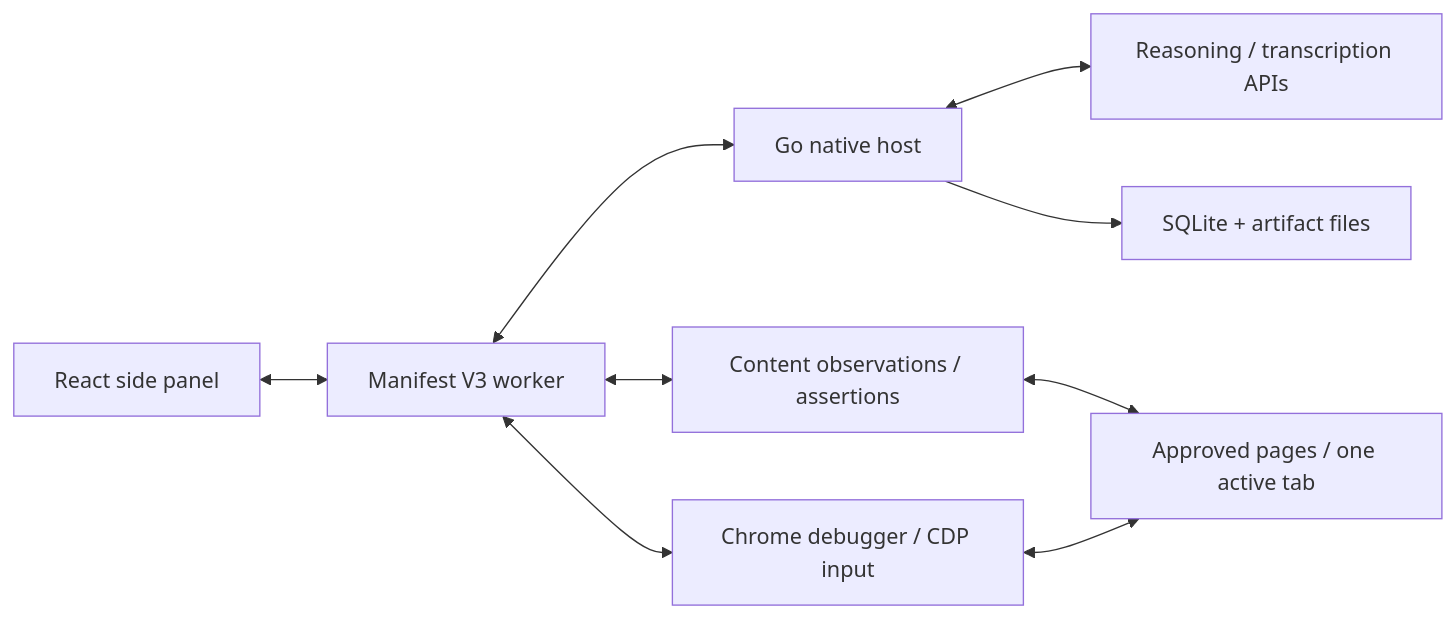
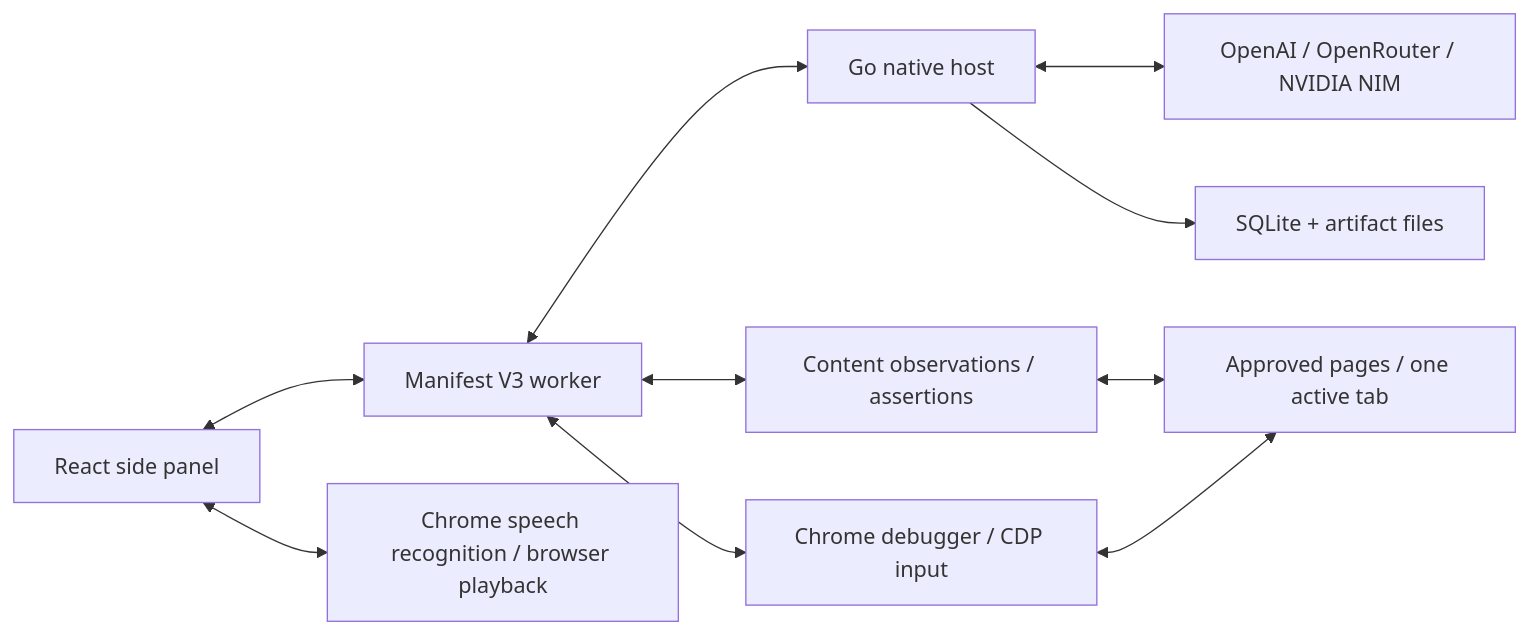
The diagram in docs/ARCHITECTURE.md (prembharne/VoiceQA), drawn with Mermaid before and after one commit. The commit also changed other lines of this file and 35 other files, not shown here.

Commit message:
Add NVIDIA NIM and draft dictation with reliable streamed planning

````diff
--- a/docs/ARCHITECTURE.md
+++ b/docs/ARCHITECTURE.md
@@ -3,11 +3,12 @@
 ```mermaid
 flowchart LR
   P[React side panel] <--> W[Manifest V3 worker]
   W <--> N[Go native host]
-  N <--> M[Reasoning / transcription APIs]
+  N <--> M[OpenAI / OpenRouter / NVIDIA NIM]
+  P <--> S[Chrome speech recognition / browser playback]
   N --> D[SQLite + artifact files]
   W <--> C[Content observations / assertions]
   W <--> B[Chrome debugger / CDP input]
   C <--> T[Approved pages / one active tab]
   B <--> T
 ```
````
